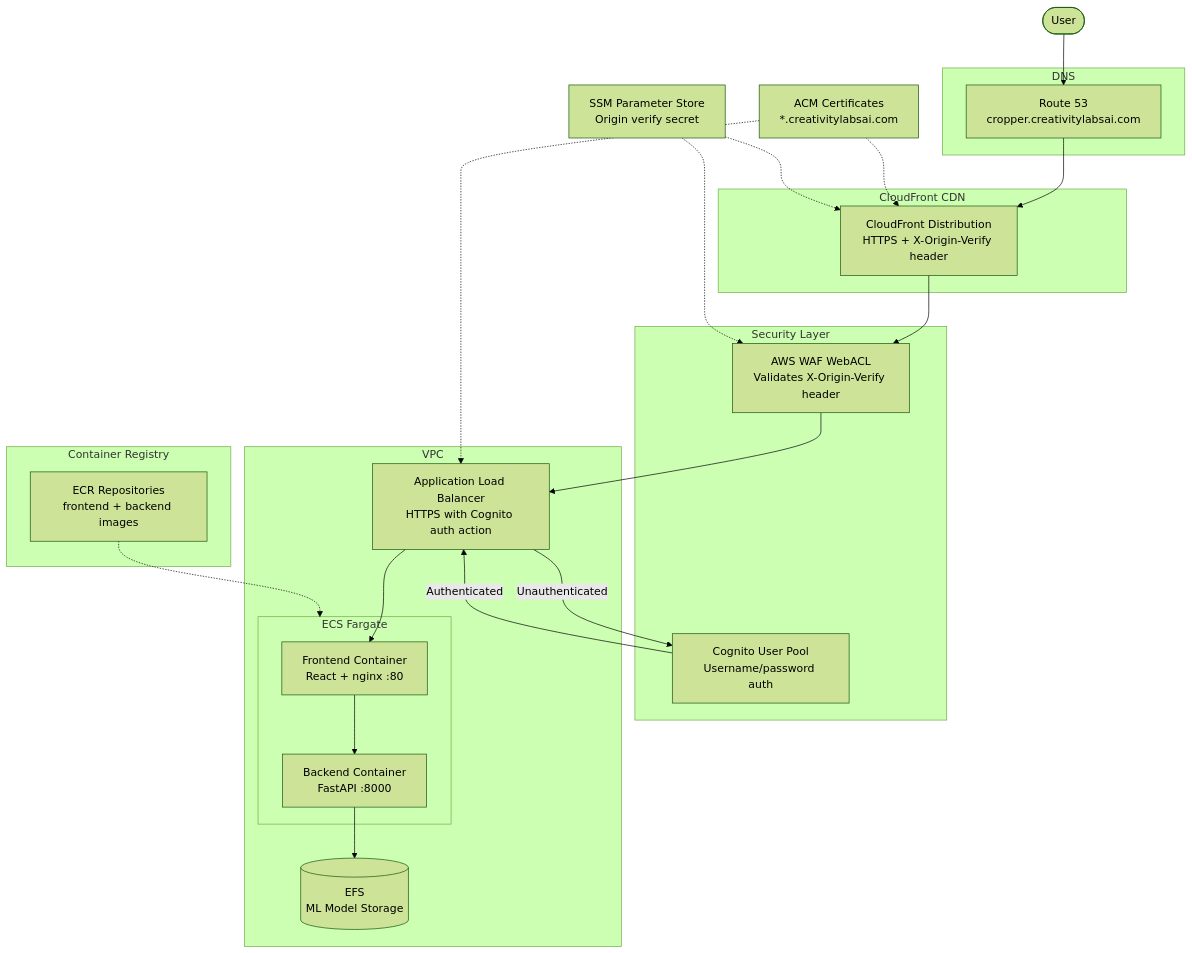
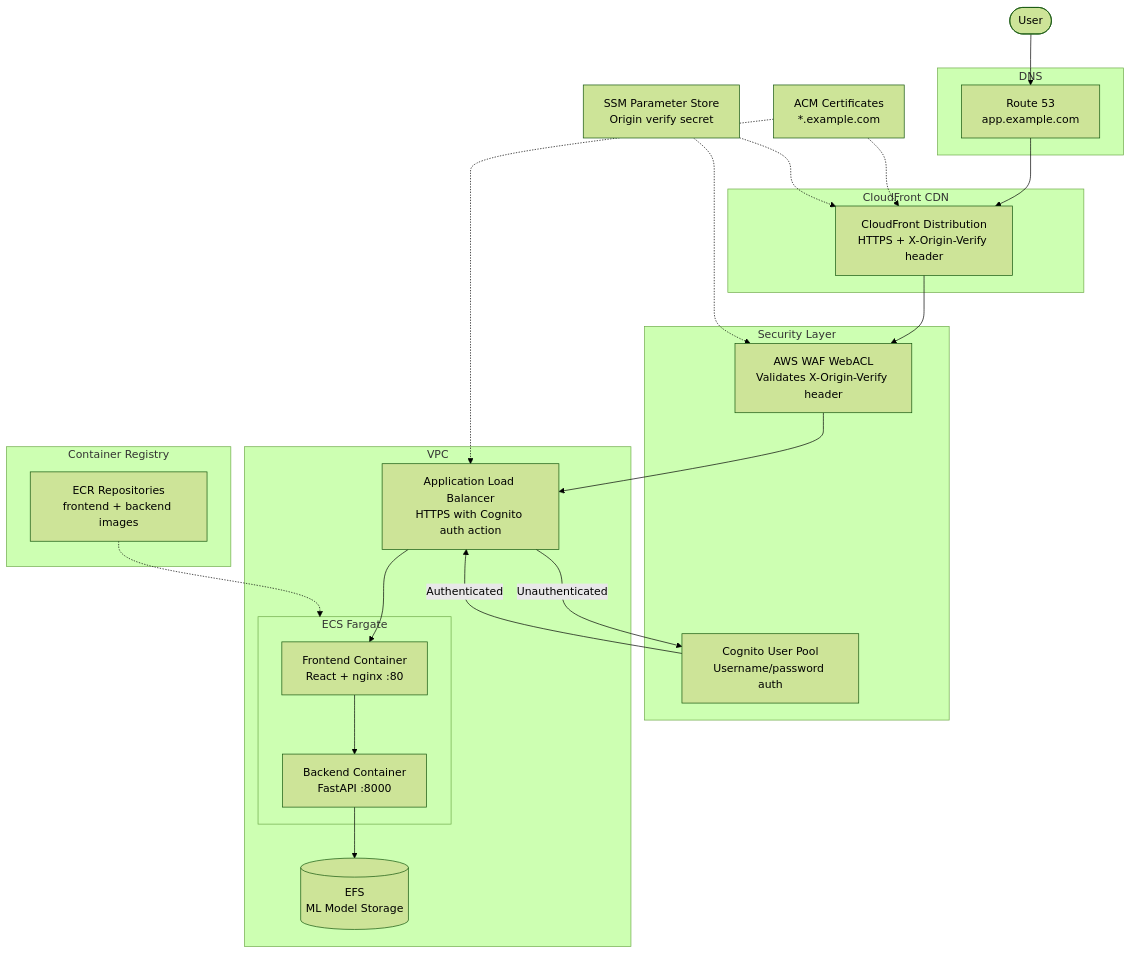
One commit to garystafford/ai-image-cropper-v2 changed the first of 4 diagrams in README.md. Above: the diagram before and after it, drawn with Mermaid (forest theme). The commit also changed other lines of this file and 2 other files, not shown here.

Commit message:
Remove domain name references from templates and README
Replace cropper.creativitylabsai.com with generic app.example.com
in CloudFormation parameter descriptions and Mermaid diagrams.

````diff
--- a/README.md
+++ b/README.md
@@ -68,52 +68,52 @@
 ```mermaid
 graph TB
     User([User]) --> Route53
 
     subgraph DNS
-        Route53[Route 53<br/>cropper.creativitylabsai.com]
+        Route53[Route 53<br/>app.example.com]
     end
 
     Route53 --> CloudFront
 
     subgraph CDN ["CloudFront CDN"]
         CloudFront[CloudFront Distribution<br/>HTTPS + X-Origin-Verify header]
     end
 
     CloudFront --> WAF
 
     subgraph Security ["Security Layer"]
         WAF[AWS WAF WebACL<br/>Validates X-Origin-Verify header]
         Cognito[Cognito User Pool<br/>Username/password auth]
     end
 
     WAF --> ALB
 
     subgraph VPC ["VPC"]
         ALB[Application Load Balancer<br/>HTTPS with Cognito auth action]
         ALB -- "Unauthenticated" --> Cognito
         Cognito -- "Authenticated" --> ALB
 
         subgraph ECS ["ECS Fargate"]
             Frontend[Frontend Container<br/>React + nginx :80]
             Backend[Backend Container<br/>FastAPI :8000]
         end
 
         ALB --> Frontend
         Frontend --> Backend
 
         EFS[(EFS<br/>ML Model Storage)]
         Backend --> EFS
     end
 
     subgraph Registry ["Container Registry"]
         ECR[ECR Repositories<br/>frontend + backend images]
     end
 
     ECR -.-> ECS
 
-    ACM[ACM Certificates<br/>*.creativitylabsai.com] -.-> CloudFront
+    ACM[ACM Certificates<br/>*.example.com] -.-> CloudFront
     ACM -.-> ALB
 
     SSM[SSM Parameter Store<br/>Origin verify secret] -.-> CloudFront
     SSM -.-> WAF
 ```
````
